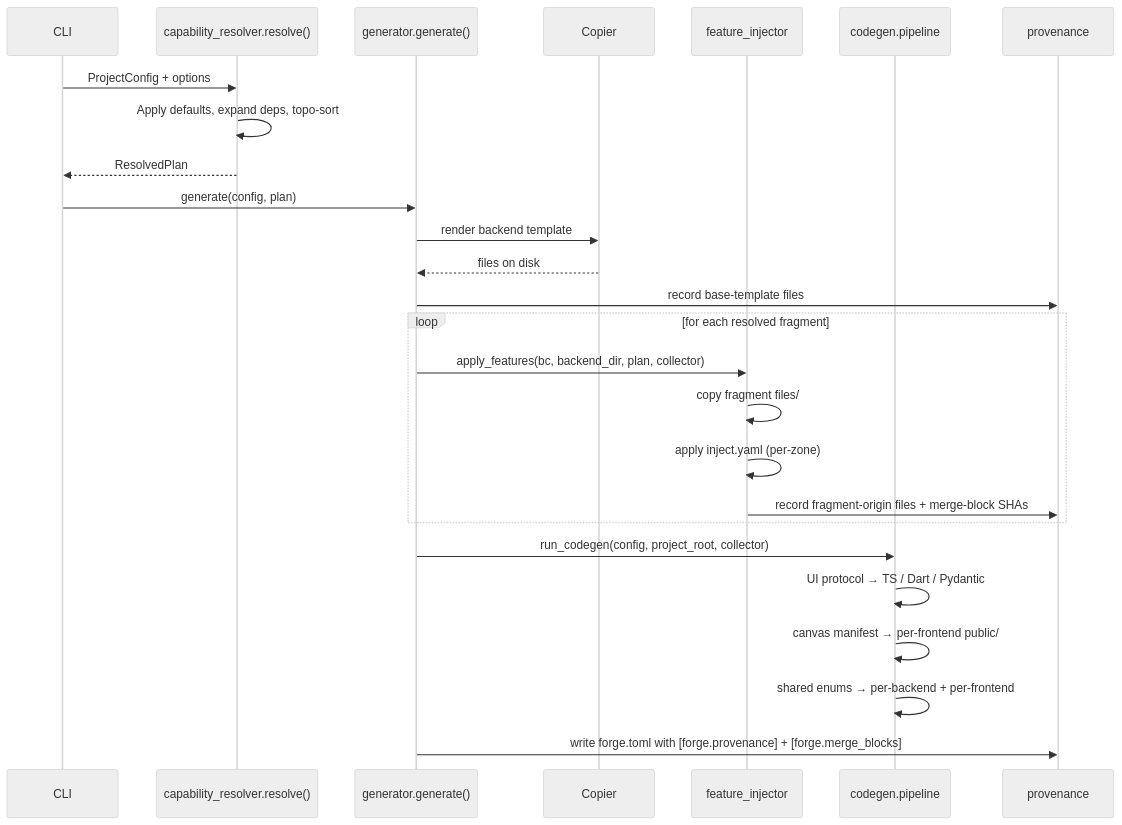
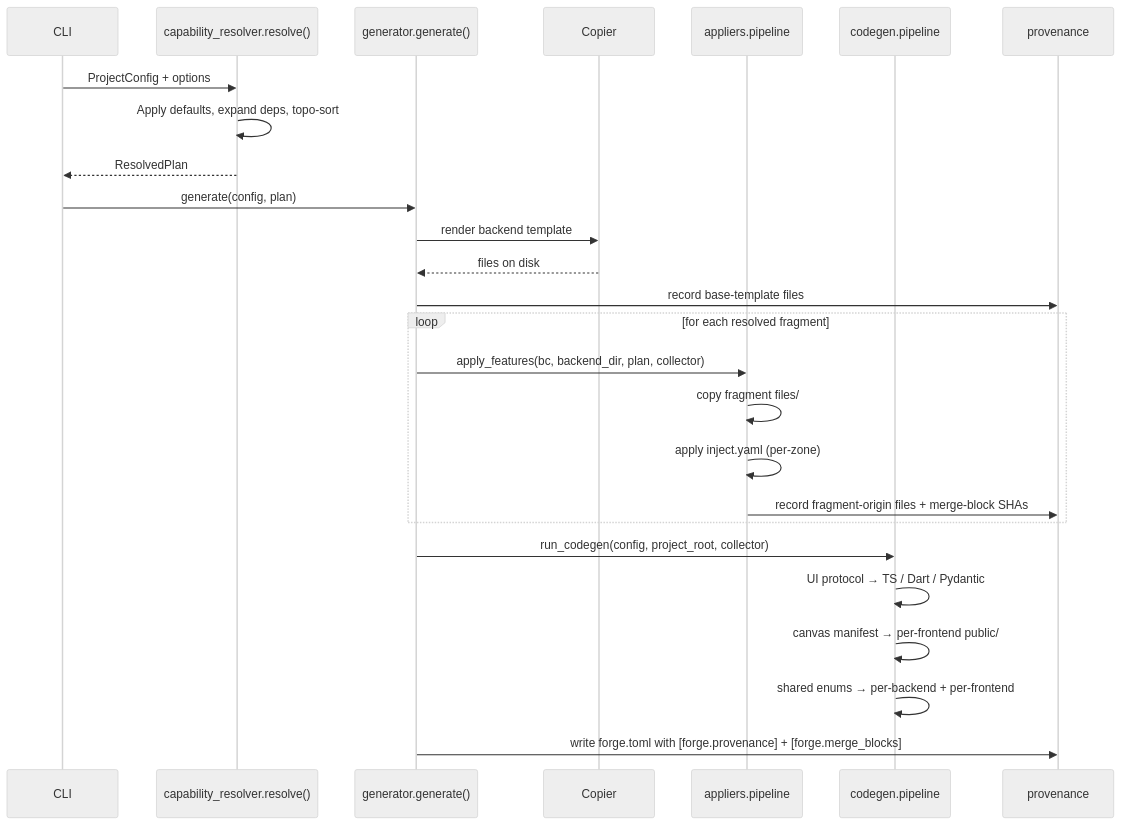
The second of 3 diagrams in docs/architecture.md (cchifor/forge), drawn with Mermaid (neutral theme) before and after one commit. The commit also changed other lines of this file, not shown here.

First line of the commit message:
docs(architecture): refresh module names + counts

````diff
--- a/docs/architecture.md
+++ b/docs/architecture.md
@@ -95,33 +95,33 @@
 ```mermaid
 sequenceDiagram
     participant CLI
     participant Resolver as capability_resolver.resolve()
     participant Generator as generator.generate()
     participant Copier
-    participant Injector as feature_injector
+    participant Injector as appliers.pipeline
     participant Codegen as codegen.pipeline
     participant Prov as provenance
 
     CLI->>Resolver: ProjectConfig + options
     Resolver->>Resolver: Apply defaults, expand deps, topo-sort
     Resolver-->>CLI: ResolvedPlan
 
     CLI->>Generator: generate(config, plan)
     Generator->>Copier: render backend template
     Copier-->>Generator: files on disk
     Generator->>Prov: record base-template files
 
     loop for each resolved fragment
         Generator->>Injector: apply_features(bc, backend_dir, plan, collector)
         Injector->>Injector: copy fragment files/
         Injector->>Injector: apply inject.yaml (per-zone)
         Injector->>Prov: record fragment-origin files + merge-block SHAs
     end
 
     Generator->>Codegen: run_codegen(config, project_root, collector)
     Codegen->>Codegen: UI protocol → TS / Dart / Pydantic
     Codegen->>Codegen: canvas manifest → per-frontend public/
     Codegen->>Codegen: shared enums → per-backend + per-frontend
 
     Generator->>Prov: write forge.toml with [forge.provenance] + [forge.merge_blocks]
 ```
````
